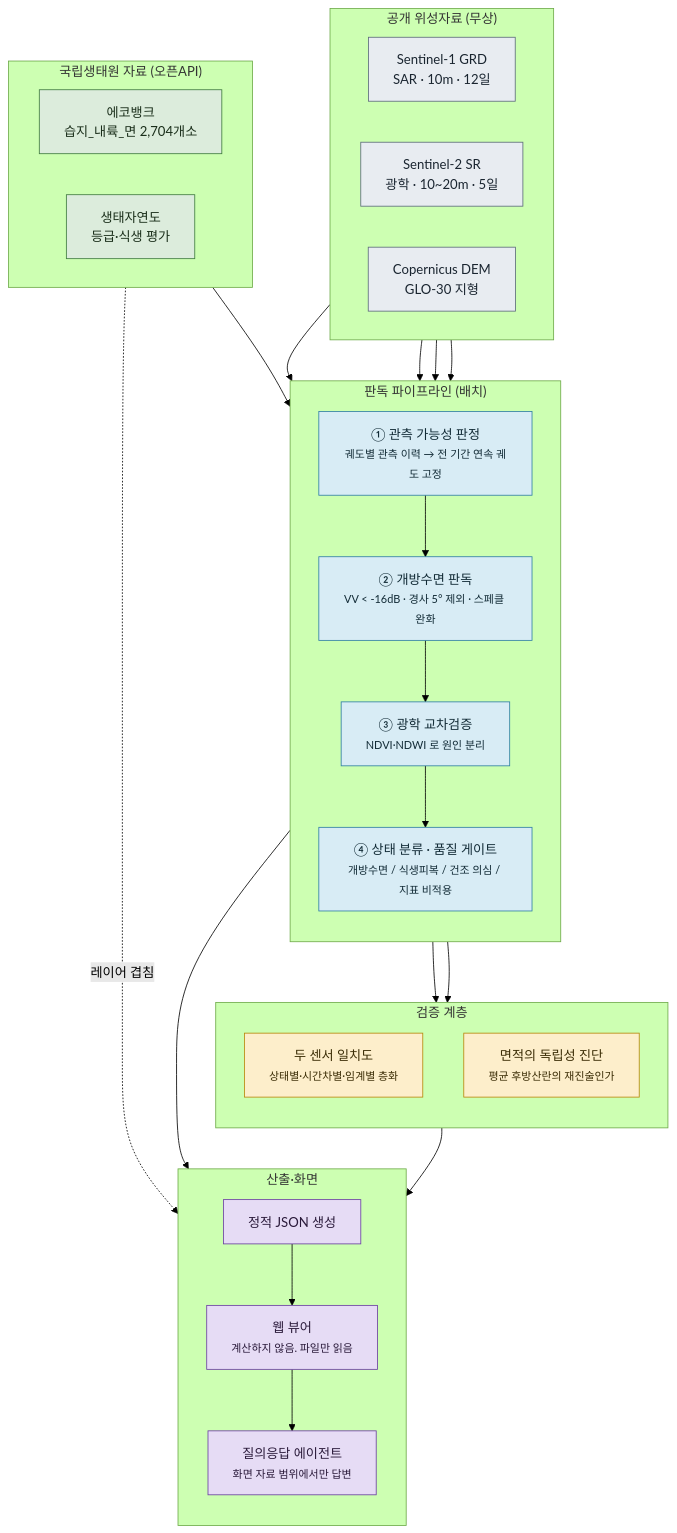
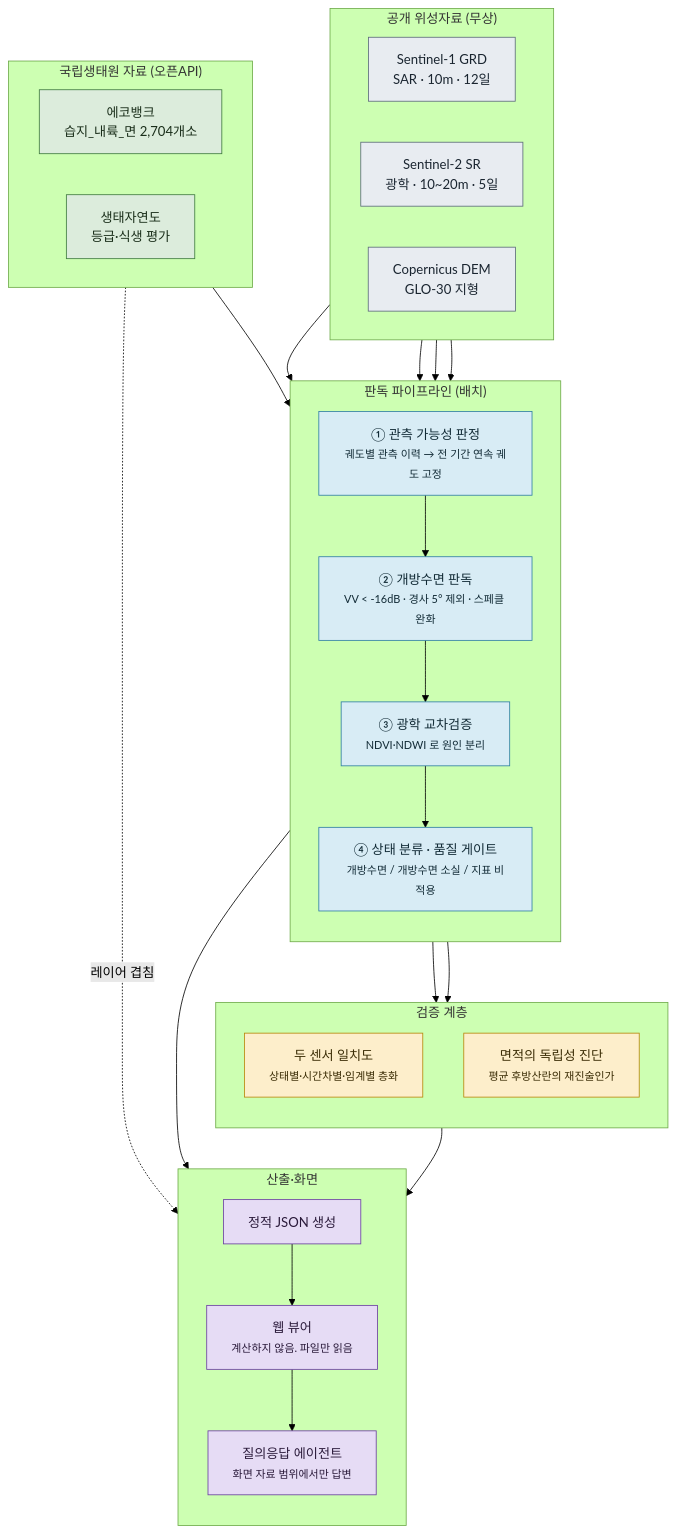
Before and after one commit to tradeprogram/ECO_SCOPE: the diagram in README.md, drawn with Mermaid (forest theme). The commit also changed other lines of this file and 17 other files, not shown here.

````diff
--- a/README.md
+++ b/README.md
@@ -31,60 +31,60 @@
 ```mermaid
 flowchart TB
     subgraph SRC["공개 위성자료 (무상)"]
         direction LR
         S1["Sentinel-1 GRD<br/>SAR · 10m · 12일"]
         S2["Sentinel-2 SR<br/>광학 · 10~20m · 5일"]
         DEM["Copernicus DEM<br/>GLO-30 지형"]
     end
 
     subgraph NIE["국립생태원 자료 (오픈API)"]
         direction LR
         EB["에코뱅크<br/>습지_내륙_면 2,704개소"]
         EZ["생태자연도<br/>등급·식생 평가"]
     end
 
     subgraph PIPE["판독 파이프라인 (배치)"]
         direction TB
         P0["① 관측 가능성 판정<br/><small>궤도별 관측 이력 → 전 기간 연속 궤도 고정</small>"]
         P1["② 개방수면 판독<br/><small>VV &lt; -16dB · 경사 5° 제외 · 스페클 완화</small>"]
         P2["③ 광학 교차검증<br/><small>NDVI·NDWI 로 원인 분리</small>"]
-        P3["④ 상태 분류 · 품질 게이트<br/><small>개방수면 / 식생피복 / 건조 의심 / 지표 비적용</small>"]
+        P3["④ 상태 분류 · 품질 게이트<br/><small>개방수면 / 개방수면 소실 / 지표 비적용</small>"]
         P0 --> P1 --> P2 --> P3
     end
 
     subgraph VAL["검증 계층"]
         direction TB
         V1["두 센서 일치도<br/><small>상태별·시간차별·임계별 층화</small>"]
         V2["면적의 독립성 진단<br/><small>평균 후방산란의 재진술인가</small>"]
     end
 
     subgraph OUT["산출·화면"]
         direction TB
         B1["정적 JSON 생성"]
         U1["웹 뷰어<br/><small>계산하지 않음. 파일만 읽음</small>"]
         AG["질의응답 에이전트<br/><small>화면 자료 범위에서만 답변</small>"]
         B1 --> U1 --> AG
     end
 
     EB --> PIPE
     S1 --> P0
     S1 --> P1
     S2 --> P2
     DEM --> P1
     P3 --> V1
     P3 --> V2
     P3 --> B1
     V1 --> B1
     EZ -.레이어 겹침.-> U1
 
     classDef src fill:#e8ecf1,stroke:#5c6b7a,color:#1a2530
     classDef nie fill:#dcecdc,stroke:#3f7a3f,color:#1a2e1a
     classDef pipe fill:#d8ecf5,stroke:#2f7ea3,color:#122b36
     classDef val fill:#fdeecb,stroke:#b8860b,color:#3a2c05
     classDef out fill:#e6dcf5,stroke:#6a3fa0,color:#2a1a3a
     class S1,S2,DEM src
     class EB,EZ nie
     class P0,P1,P2,P3 pipe
     class V1,V2 val
     class B1,U1,AG out
 ```
````
